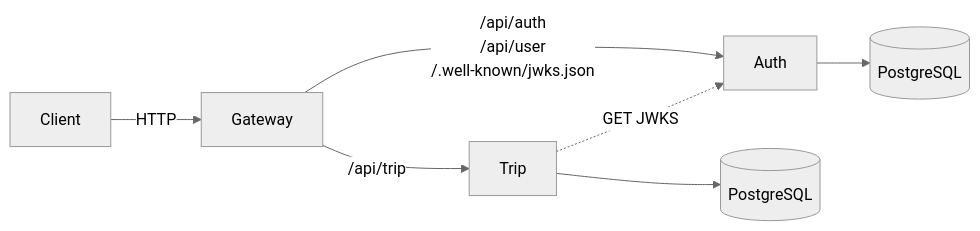
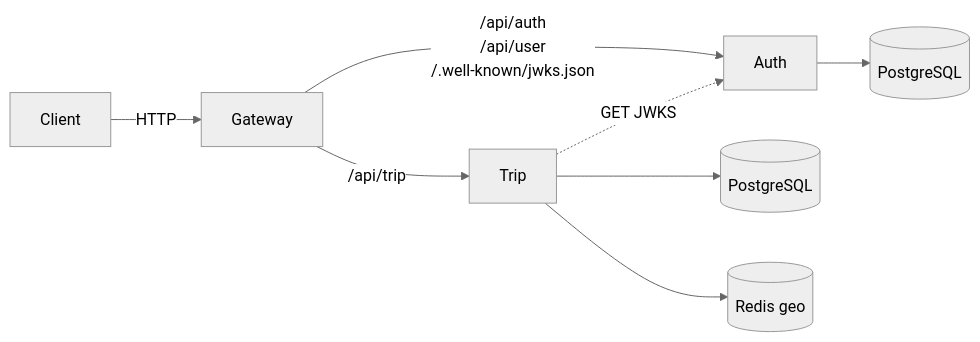
Before and after one commit to AdiCahyaSaputra/go-ojol: the first of 4 diagrams in ARCHITECTURE.md, drawn with Mermaid (neutral theme). The commit also changed other lines of this file and 27 other files, not shown here.

Commit message:
feat(trip/dispatch): add redis geo standby and driver websocket

````diff
--- a/ARCHITECTURE.md
+++ b/ARCHITECTURE.md
@@ -39,11 +39,12 @@
 ```mermaid
 flowchart LR
   Client["Client"] -->|"HTTP"| GW["Gateway"]
 
   GW -->|"/api/auth<br/>/api/user<br/>/.well-known/jwks.json"| Auth["Auth"]
   GW -->|"/api/trip"| Trip["Trip"]
 
   Auth --> AuthDB[("PostgreSQL")]
   Trip --> TripDB[("PostgreSQL")]
+  Trip --> Redis[("Redis geo")]
   Trip -.->|"GET JWKS"| Auth
 ```
````
